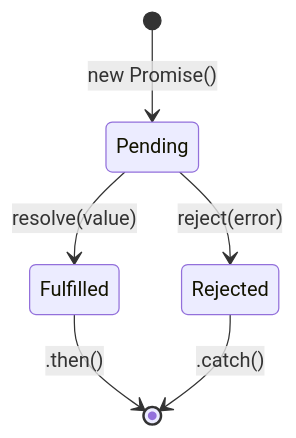
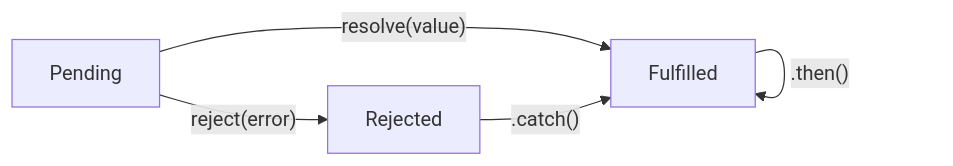
Before and after one commit to yjkim2015/yjkim2015.github.io: the second of 6 diagrams in _posts/frontend/2026-05-02-js-async.md, drawn with Mermaid. The commit also changed 50 other files, not shown here.

First line of the commit message:
stateDiagram 11개 graph LR 변환 + 테이블 빈 셀 17개 수정

````diff
--- a/_posts/frontend/2026-05-02-js-async.md
+++ b/_posts/frontend/2026-05-02-js-async.md
@@ -102,8 +102,10 @@
 ```mermaid
-stateDiagram-v2
-    [*] --> Pending: new Promise()
-    Pending --> Fulfilled: resolve(value)
-    Pending --> Rejected: reject(error)
-    Fulfilled --> [*]: .then()
-    Rejected --> [*]: .catch()
+graph LR
+    Pending["Pending"]
+    Fulfilled["Fulfilled"]
+    Rejected["Rejected"]
+    Pending -->|"resolve(value)"| Fulfilled
+    Pending -->|"reject(error)"| Rejected
+    Fulfilled -->|".then()"| Fulfilled
+    Rejected -->|".catch()"| Fulfilled
 ```
````
